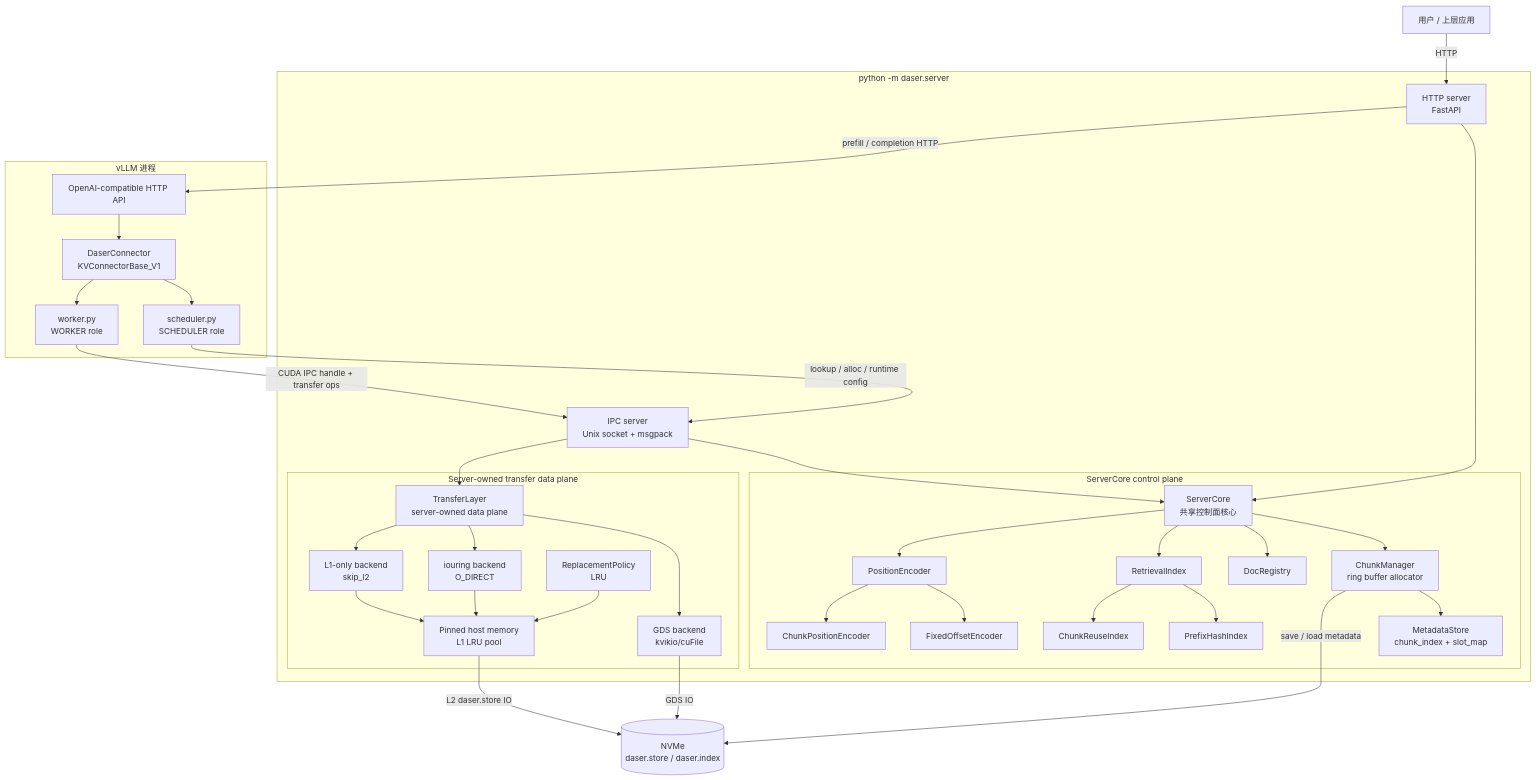
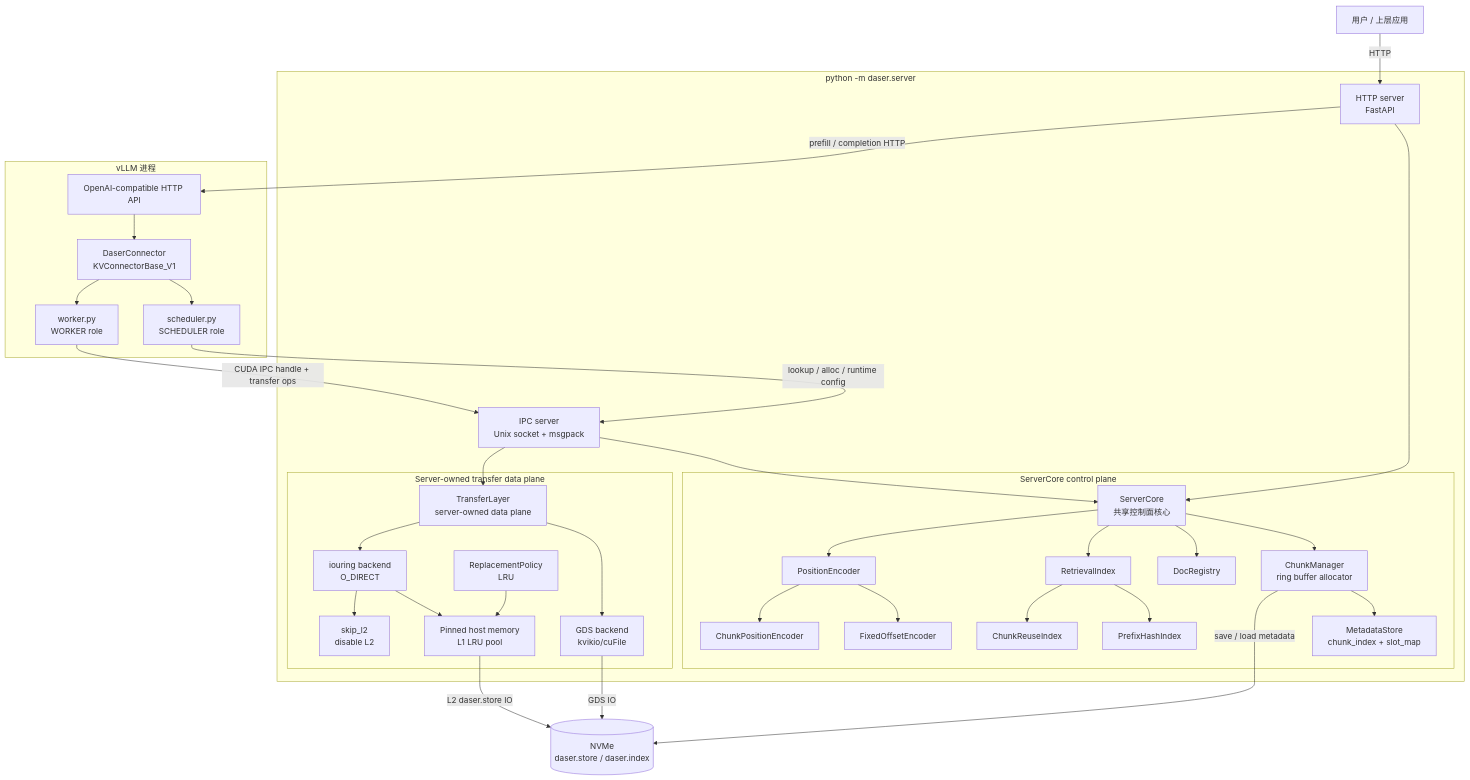
The first of 2 diagrams in docs/design/architecture.md (GentleCold/DaseR), drawn with Mermaid before and after one commit. The commit also changed other lines of this file and 17 other files, not shown here.

````diff
--- a/docs/design/architecture.md
+++ b/docs/design/architecture.md
@@ -11,72 +11,71 @@
 ```mermaid
 graph TB
     User["用户 / 上层应用"]
 
     subgraph server["python -m daser.server"]
         HTTP["HTTP server<br/>FastAPI"]
         IPC["IPC server<br/>Unix socket + msgpack"]
         subgraph core_owner["ServerCore control plane"]
             CORE["ServerCore<br/>共享控制面核心"]
             CM["ChunkManager<br/>ring buffer allocator"]
             MS["MetadataStore<br/>chunk_index + slot_map"]
             DR["DocRegistry"]
             RI["RetrievalIndex"]
             PRI["PrefixHashIndex"]
             CRI["ChunkReuseIndex"]
             PE["PositionEncoder"]
             FPE["FixedOffsetEncoder"]
             CPE["ChunkPositionEncoder"]
 
             CORE --> CM
             CORE --> DR
             CORE --> RI
             CORE --> PE
             CM --> MS
             RI --> PRI
             RI --> CRI
             PE --> FPE
             PE --> CPE
         end
 
         subgraph transfer_owner["Server-owned transfer data plane"]
             TL["TransferLayer<br/>server-owned data plane"]
             GDS["GDS backend<br/>kvikio/cuFile"]
             IOR["iouring backend<br/>O_DIRECT"]
-            MEM["L1-only backend<br/>skip_l2"]
+            SKIP["skip_l2<br/>disable L2"]
             L1["Pinned host memory<br/>L1 LRU pool"]
             RP["ReplacementPolicy<br/>LRU"]
 
             TL --> GDS
             TL --> IOR
-            TL --> MEM
             IOR --> L1
-            MEM --> L1
+            IOR --> SKIP
             RP --> L1
         end
 
         HTTP --> CORE
         IPC --> CORE
         IPC --> TL
     end
 
     subgraph vllm["vLLM 进程"]
         VAPI["OpenAI-compatible HTTP API"]
         DC["DaserConnector<br/>KVConnectorBase_V1"]
         SCHED["scheduler.py<br/>SCHEDULER role"]
         WORKER["worker.py<br/>WORKER role"]
 
         VAPI --> DC
         DC --> SCHED
         DC --> WORKER
     end
 
     NVMe[("NVMe<br/>daser.store / daser.index")]
 
     User -- "HTTP" --> HTTP
     HTTP -- "prefill / completion HTTP" --> VAPI
     SCHED -- "lookup / alloc / runtime config" --> IPC
     WORKER -- "CUDA IPC handle + transfer ops" --> IPC
     GDS -- "GDS IO" --> NVMe
     L1 -- "L2 daser.store IO" --> NVMe
     CM -- "save / load metadata" --> NVMe
 ```
````
